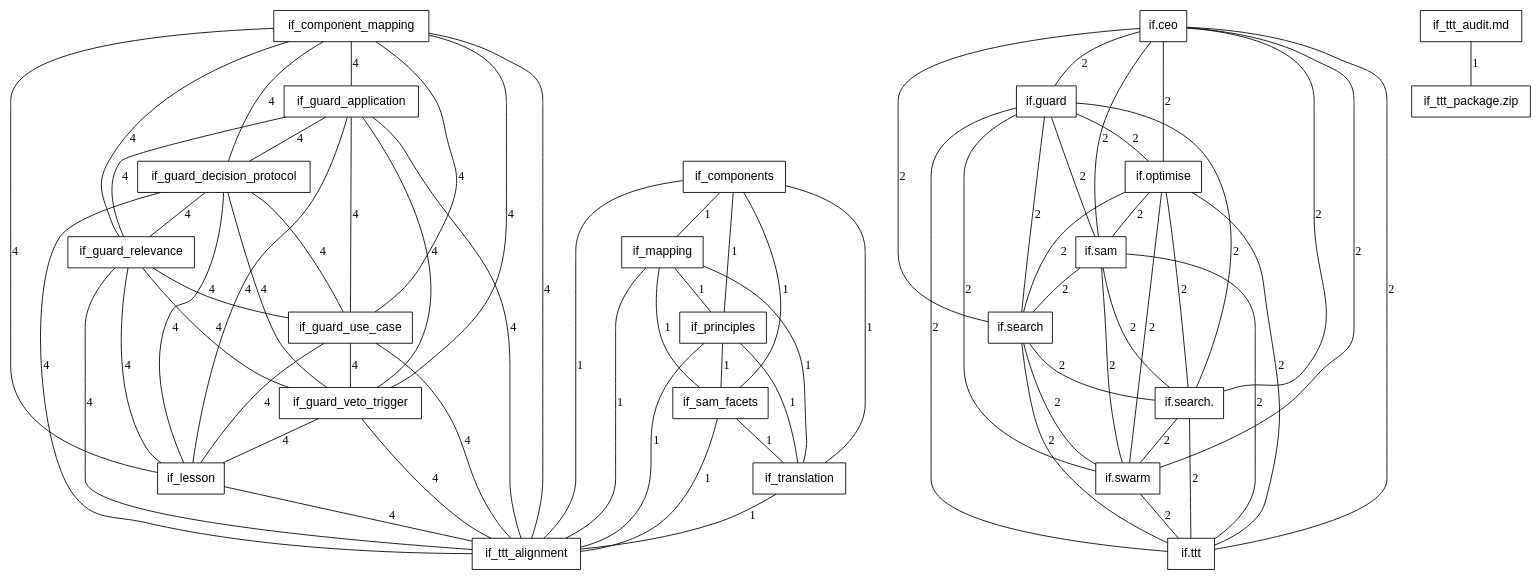
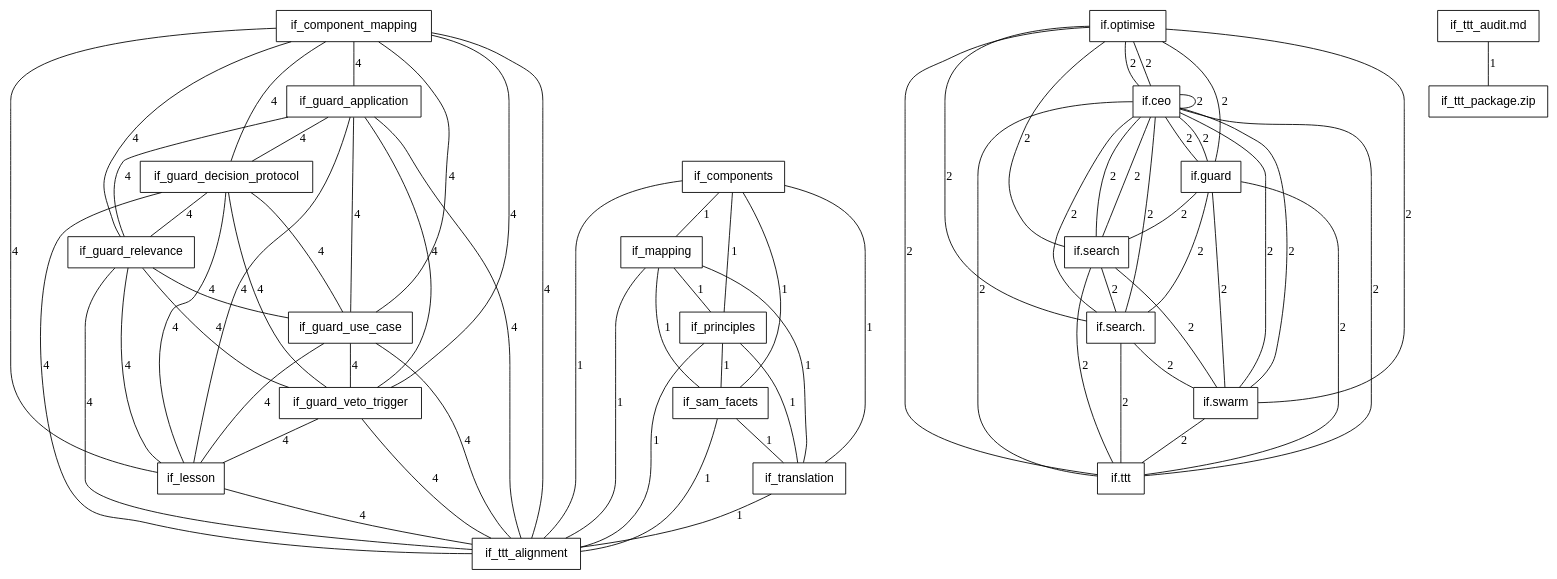
The diagram in out/branches/gedimat-evidence-final/if_mentions.dot (dannystocker/infrafabric), drawn with Graphviz before and after one commit. The commit also changed 47 other files, not shown here.

First line of the commit message:
Rename IF.sam → IF.ceo: Depersonalize executive decision-making framework

```diff
--- a/out/branches/gedimat-evidence-final/if_mentions.dot
+++ b/out/branches/gedimat-evidence-final/if_mentions.dot
@@ -1,75 +1,75 @@
 graph IFMentions {
   node [shape=box, fontname=Helvetica];
   "if_guard_relevance" -- "if_guard_use_case" [label="4"];
   "if_component_mapping" -- "if_guard_use_case" [label="4"];
   "if_guard_use_case" -- "if_guard_veto_trigger" [label="4"];
   "if_guard_use_case" -- "if_ttt_alignment" [label="4"];
   "if_guard_application" -- "if_guard_use_case" [label="4"];
   "if_guard_decision_protocol" -- "if_guard_use_case" [label="4"];
   "if_guard_use_case" -- "if_lesson" [label="4"];
   "if_component_mapping" -- "if_guard_relevance" [label="4"];
   "if_guard_relevance" -- "if_guard_veto_trigger" [label="4"];
   "if_guard_relevance" -- "if_ttt_alignment" [label="4"];
   "if_guard_application" -- "if_guard_relevance" [label="4"];
   "if_guard_decision_protocol" -- "if_guard_relevance" [label="4"];
   "if_guard_relevance" -- "if_lesson" [label="4"];
   "if_component_mapping" -- "if_guard_veto_trigger" [label="4"];
   "if_component_mapping" -- "if_ttt_alignment" [label="4"];
   "if_component_mapping" -- "if_guard_application" [label="4"];
   "if_component_mapping" -- "if_guard_decision_protocol" [label="4"];
   "if_component_mapping" -- "if_lesson" [label="4"];
   "if_guard_veto_trigger" -- "if_ttt_alignment" [label="4"];
   "if_guard_application" -- "if_guard_veto_trigger" [label="4"];
   "if_guard_decision_protocol" -- "if_guard_veto_trigger" [label="4"];
   "if_guard_veto_trigger" -- "if_lesson" [label="4"];
   "if_guard_application" -- "if_ttt_alignment" [label="4"];
   "if_guard_decision_protocol" -- "if_ttt_alignment" [label="4"];
   "if_lesson" -- "if_ttt_alignment" [label="4"];
   "if_components" -- "if_ttt_alignment" [label="1"];
   "if_mapping" -- "if_ttt_alignment" [label="1"];
   "if_principles" -- "if_ttt_alignment" [label="1"];
   "if_sam_facets" -- "if_ttt_alignment" [label="1"];
   "if_translation" -- "if_ttt_alignment" [label="1"];
   "if_guard_application" -- "if_guard_decision_protocol" [label="4"];
   "if_guard_application" -- "if_lesson" [label="4"];
   "if_guard_decision_protocol" -- "if_lesson" [label="4"];
   "if_components" -- "if_mapping" [label="1"];
   "if_components" -- "if_principles" [label="1"];
   "if_components" -- "if_sam_facets" [label="1"];
   "if_components" -- "if_translation" [label="1"];
   "if_mapping" -- "if_principles" [label="1"];
   "if_mapping" -- "if_sam_facets" [label="1"];
   "if_mapping" -- "if_translation" [label="1"];
   "if_principles" -- "if_sam_facets" [label="1"];
   "if_principles" -- "if_translation" [label="1"];
   "if_sam_facets" -- "if_translation" [label="1"];
   "if.optimise" -- "if.swarm" [label="2"];
   "if.guard" -- "if.optimise" [label="2"];
   "if.optimise" -- "if.ttt" [label="2"];
   "if.optimise" -- "if.search." [label="2"];
   "if.ceo" -- "if.optimise" [label="2"];
-  "if.optimise" -- "if.sam" [label="2"];
+  "if.optimise" -- "if.ceo" [label="2"];
   "if.optimise" -- "if.search" [label="2"];
   "if.guard" -- "if.swarm" [label="2"];
   "if.swarm" -- "if.ttt" [label="2"];
   "if.search." -- "if.swarm" [label="2"];
   "if.ceo" -- "if.swarm" [label="2"];
-  "if.sam" -- "if.swarm" [label="2"];
+  "if.ceo" -- "if.swarm" [label="2"];
   "if.search" -- "if.swarm" [label="2"];
   "if.guard" -- "if.ttt" [label="2"];
   "if.guard" -- "if.search." [label="2"];
   "if.ceo" -- "if.guard" [label="2"];
-  "if.guard" -- "if.sam" [label="2"];
+  "if.guard" -- "if.ceo" [label="2"];
   "if.guard" -- "if.search" [label="2"];
   "if.search." -- "if.ttt" [label="2"];
   "if.ceo" -- "if.ttt" [label="2"];
-  "if.sam" -- "if.ttt" [label="2"];
+  "if.ceo" -- "if.ttt" [label="2"];
   "if.search" -- "if.ttt" [label="2"];
   "if.ceo" -- "if.search." [label="2"];
-  "if.sam" -- "if.search." [label="2"];
+  "if.ceo" -- "if.search." [label="2"];
   "if.search" -- "if.search." [label="2"];
-  "if.ceo" -- "if.sam" [label="2"];
+  "if.ceo" -- "if.ceo" [label="2"];
   "if.ceo" -- "if.search" [label="2"];
-  "if.sam" -- "if.search" [label="2"];
+  "if.ceo" -- "if.search" [label="2"];
   "if_ttt_audit.md" -- "if_ttt_package.zip" [label="1"];
 }
```
